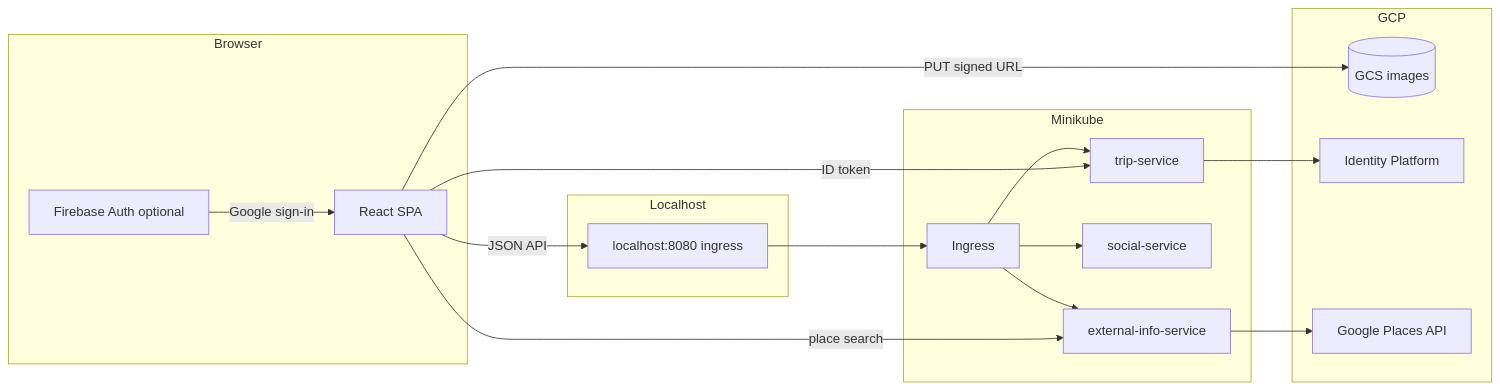
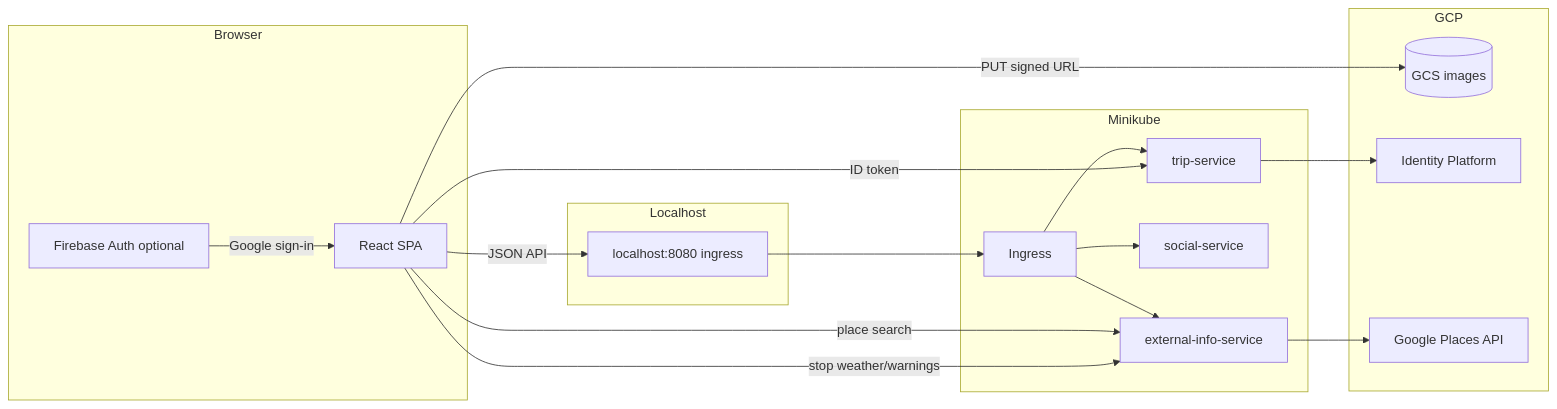
The second of 4 diagrams in docs/gettingstarted/STATE.md (tbd-htwg/backend), drawn with Mermaid before and after one commit. The commit also changed other lines of this file and 4 other files, not shown here.

````diff
--- a/docs/gettingstarted/STATE.md
+++ b/docs/gettingstarted/STATE.md
@@ -133,35 +135,36 @@
 ```mermaid
 flowchart LR
   subgraph Browser
     SPA[React SPA]
     FB[Firebase Auth optional]
   end
 
   subgraph Localhost
     ApiURL["localhost:8080 ingress"]
   end
 
   subgraph Minikube
     GW[Ingress]
     Trip[trip-service]
     Social[social-service]
     Ext[external-info-service]
   end
 
   subgraph GCP
     GCS[(GCS images)]
     IdP[Identity Platform]
     Places[Google Places API]
   end
 
   SPA -->|JSON API| ApiURL --> GW
   GW --> Trip
   GW --> Social
   GW --> Ext
   FB -->|Google sign-in| SPA
   SPA -->|ID token| Trip
   Trip --> IdP
   SPA -->|place search| Ext
   Ext --> Places
+  SPA -->|stop weather/warnings| Ext
   SPA -->|PUT signed URL| GCS
 ```
````
